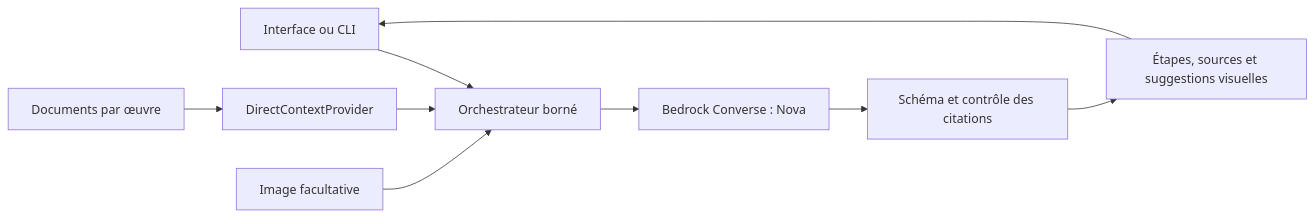
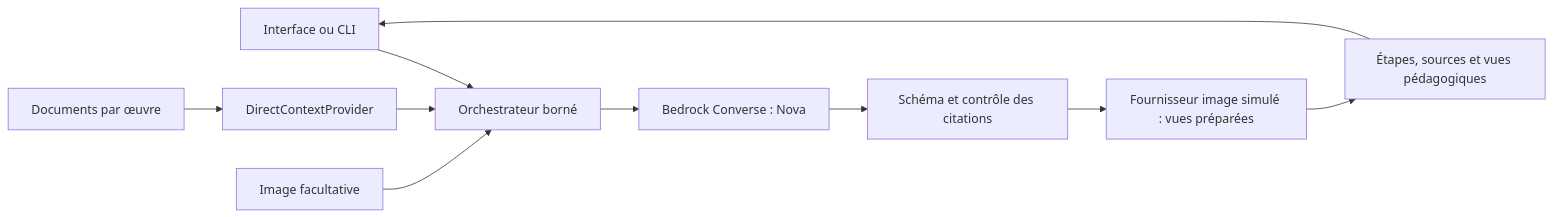
Before and after one commit to Whythem/My-art: the diagram in docs/bedrock-poc.md, drawn with Mermaid. The commit also changed other lines of this file and 19 other files, not shown here.

````diff
--- a/docs/bedrock-poc.md
+++ b/docs/bedrock-poc.md
@@ -127,11 +129,12 @@
 ```mermaid
 flowchart LR
     UI[Interface ou CLI] --> Service[Orchestrateur borné]
     Docs[Documents par œuvre] --> Context[DirectContextProvider]
     Context --> Service
     Image[Image facultative] --> Service
     Service --> Nova[Bedrock Converse : Nova]
     Nova --> Validation[Schéma et contrôle des citations]
-    Validation --> Result[Étapes, sources et suggestions visuelles]
+    Validation --> Mock[Fournisseur image simulé : vues préparées]
+    Mock --> Result[Étapes, sources et vues pédagogiques]
     Result --> UI
 ```
````
